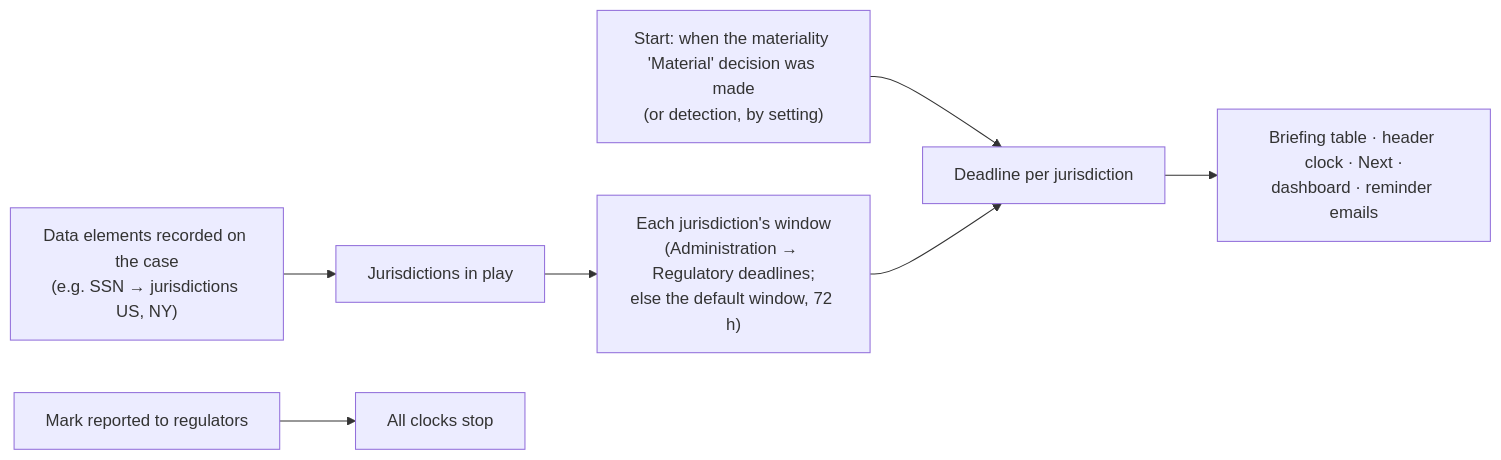
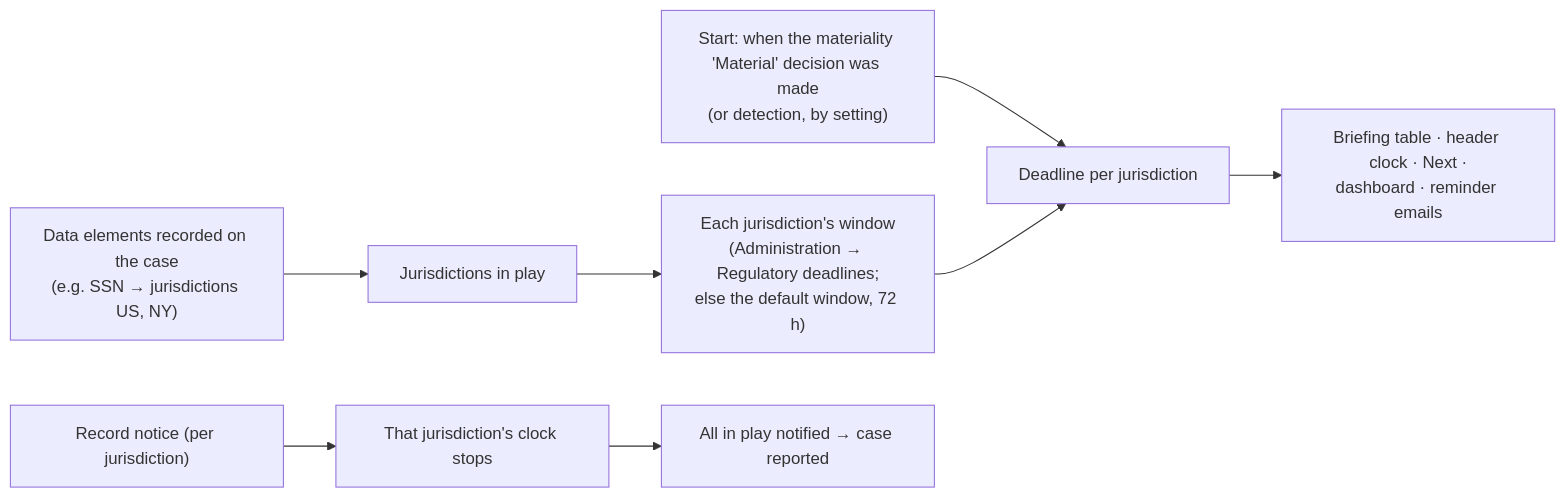
One commit to jashley92/CaseBook changed the first of 2 diagrams in docs/workflows/governance.md. Above: the diagram before and after it, drawn with Mermaid. The commit also changed other lines of this file and 23 other files, not shown here.

First line of the commit message:
Regulator notices are recorded per jurisdiction (BUG-09)

````diff
--- a/docs/workflows/governance.md
+++ b/docs/workflows/governance.md
@@ -102,9 +102,10 @@
 ```mermaid
 flowchart LR
     DE["Data elements recorded on the case<br/>(e.g. SSN → jurisdictions US, NY)"] --> J["Jurisdictions in play"]
     J --> R["Each jurisdiction's window<br/>(Administration → Regulatory deadlines;<br/>else the default window, 72 h)"]
     S["Start: when the materiality 'Material' decision was made<br/>(or detection, by setting)"] --> D["Deadline per jurisdiction"]
     R --> D
     D --> UI["Briefing table · header clock · Next ·<br/>dashboard · reminder emails"]
-    MR["Mark reported to regulators"] --> Stop["All clocks stop"]
+    N["Record notice (per jurisdiction)"] --> Stop["That jurisdiction's clock stops"]
+    Stop --> All["All in play notified → case reported"]
 ```
````
